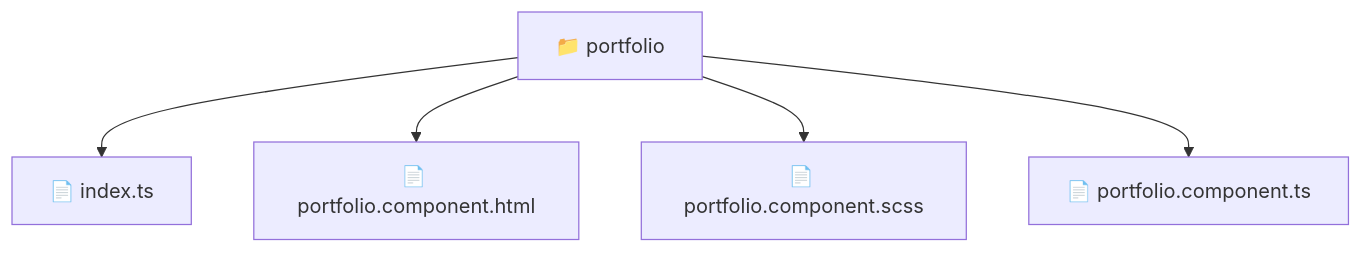
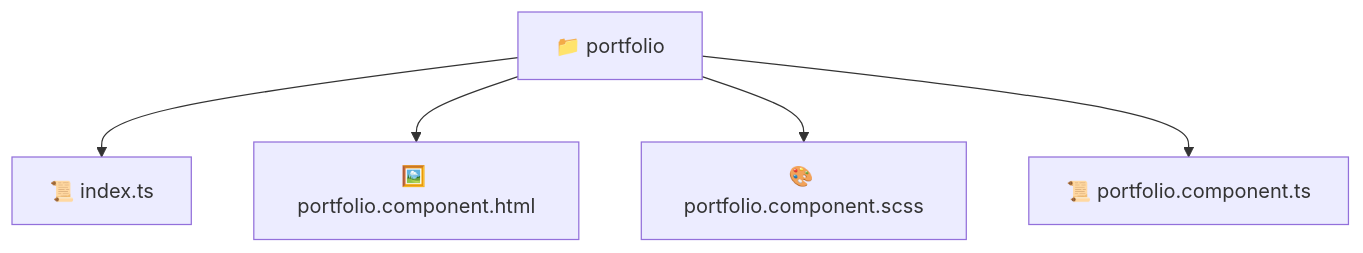
One commit to beginwebdev2002/fullstack-mavluda changed the diagram in frontend/src/pages/portfolio/README.md. Above: the diagram before and after it, drawn with Mermaid. The commit also changed other lines of this file and 163 other files, not shown here.

````diff
--- a/frontend/src/pages/portfolio/README.md
+++ b/frontend/src/pages/portfolio/README.md
@@ -11,8 +11,8 @@
 ```mermaid
 graph TD
-  Root["📁 portfolio"]
-  Root --> index_ts["📄 index.ts"]
-  Root --> portfolio_component_html["📄 portfolio.component.html"]
-  Root --> portfolio_component_scss["📄 portfolio.component.scss"]
-  Root --> portfolio_component_ts["📄 portfolio.component.ts"]
+  portfolio["📁 portfolio"]
+  portfolio --> index_ts["📜 index.ts"]
+  portfolio --> portfolio_component_html["🖼️ portfolio.component.html"]
+  portfolio --> portfolio_component_scss["🎨 portfolio.component.scss"]
+  portfolio --> portfolio_component_ts["📜 portfolio.component.ts"]
 ```
````
